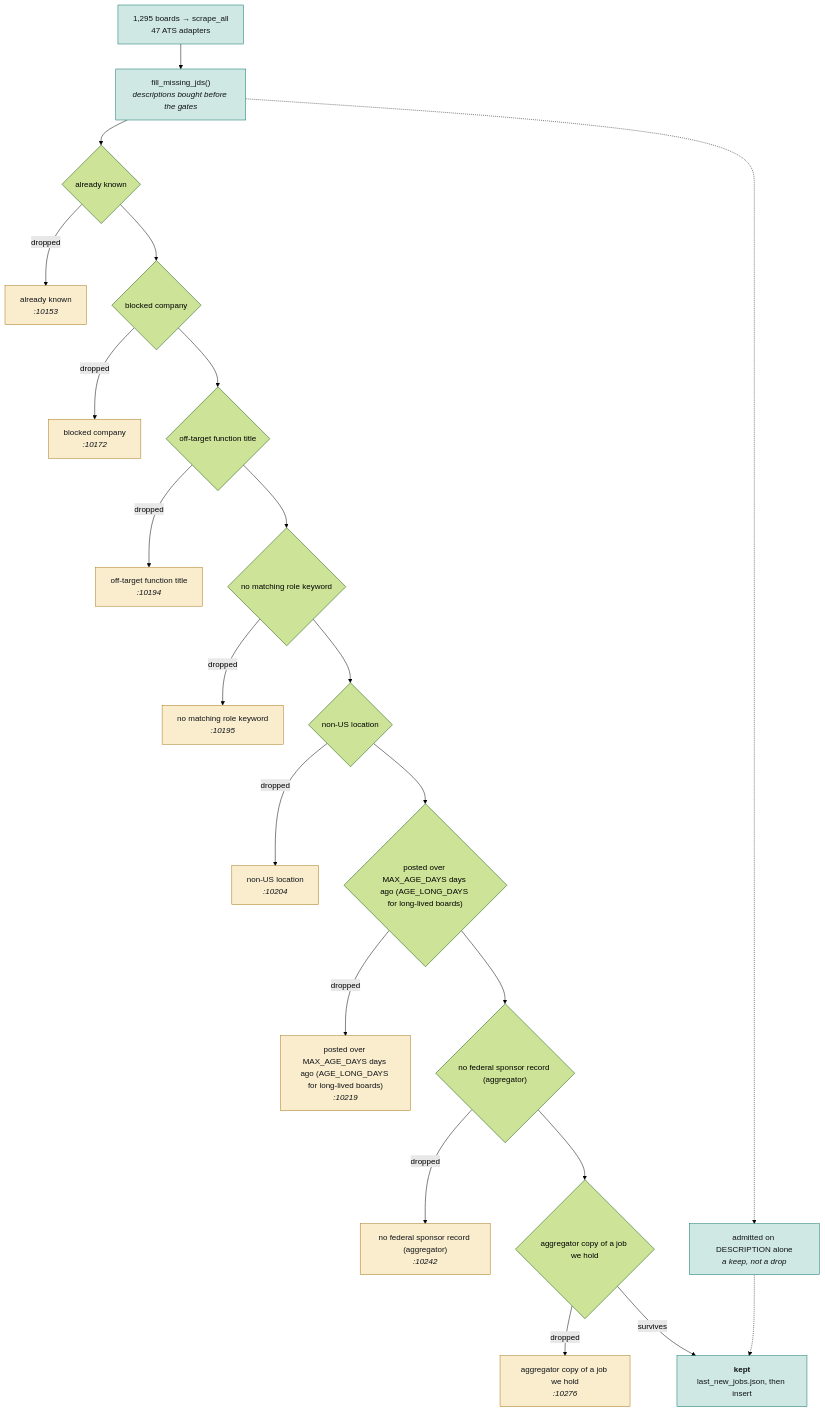
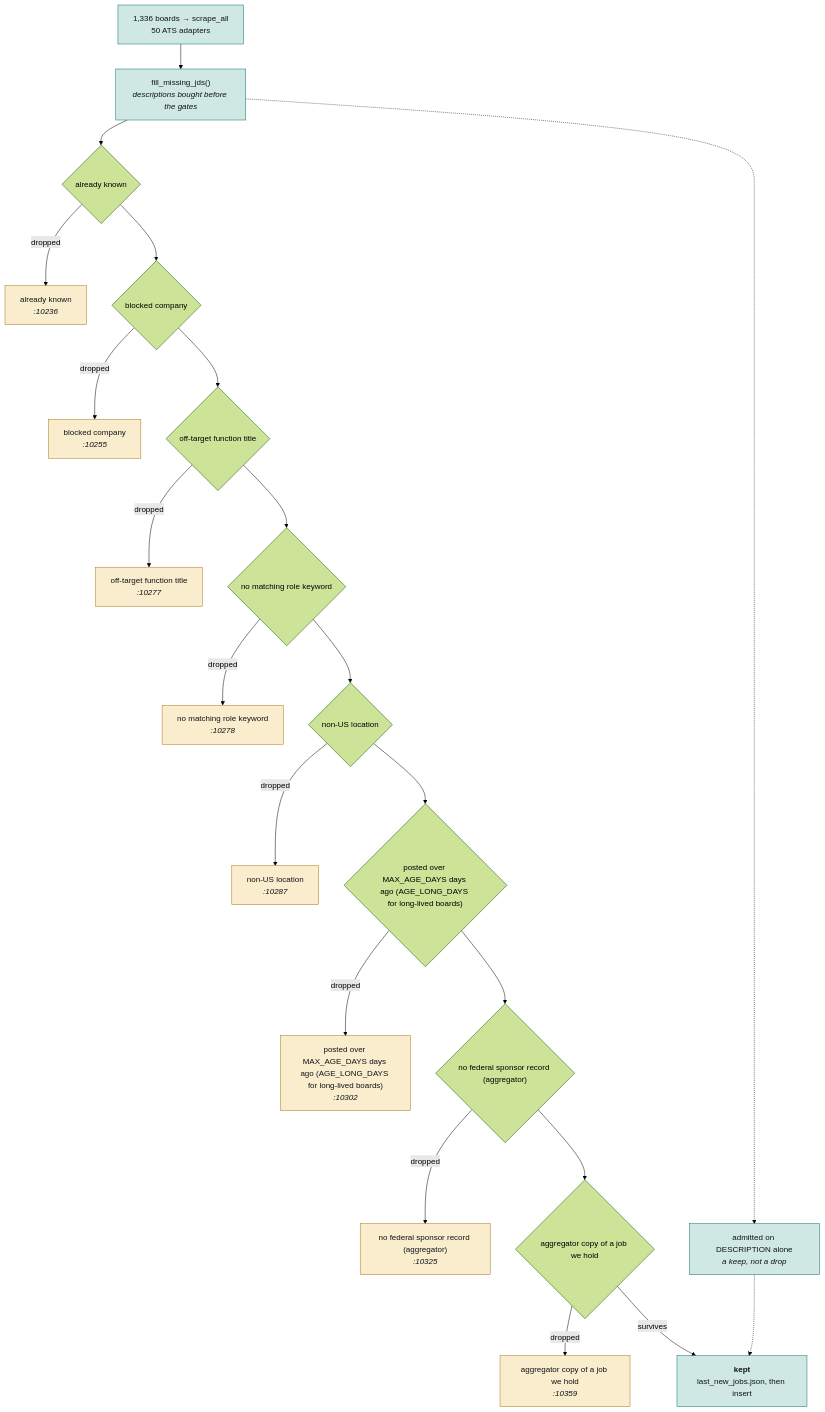
One commit to hadakunal909-debug/job-search-tool changed the second of 4 diagrams in JobMatch Scraper/docs/ARCHITECTURE.md. Above: the diagram before and after it, drawn with Mermaid (forest theme). The commit also changed other lines of this file and 17 other files, not shown here.

Commit message:
Support JazzHR, native iCIMS and Cornerstone public job boards

````diff
--- a/JobMatch Scraper/docs/ARCHITECTURE.md
+++ b/JobMatch Scraper/docs/ARCHITECTURE.md
@@ -127,54 +127,54 @@
 ```mermaid
 flowchart TB
-  SRC["1,295 boards → scrape_all<br/>47 ATS adapters"]
+  SRC["1,336 boards → scrape_all<br/>50 ATS adapters"]
   JD["fill_missing_jds()<br/><i>descriptions bought before the gates</i>"]
   SRC --> JD
   G0{"already known"}
-  D0["already known<br/><i>:10153</i>"]
+  D0["already known<br/><i>:10236</i>"]
   JD --> G0
   G0 -->|dropped| D0
   class D0 trap
   G1{"blocked company"}
-  D1["blocked company<br/><i>:10172</i>"]
+  D1["blocked company<br/><i>:10255</i>"]
   G0 --> G1
   G1 -->|dropped| D1
   class D1 trap
   G2{"off-target function title"}
-  D2["off-target function title<br/><i>:10194</i>"]
+  D2["off-target function title<br/><i>:10277</i>"]
   G1 --> G2
   G2 -->|dropped| D2
   class D2 trap
   G3{"no matching role keyword"}
-  D3["no matching role keyword<br/><i>:10195</i>"]
+  D3["no matching role keyword<br/><i>:10278</i>"]
   G2 --> G3
   G3 -->|dropped| D3
   class D3 trap
   G4{"non-US location"}
-  D4["non-US location<br/><i>:10204</i>"]
+  D4["non-US location<br/><i>:10287</i>"]
   G3 --> G4
   G4 -->|dropped| D4
   class D4 trap
   G5{"posted over MAX_AGE_DAYS days ago (AGE_LONG_DAYS for long-lived boards)"}
-  D5["posted over MAX_AGE_DAYS days ago (AGE_LONG_DAYS for long-lived boards)<br/><i>:10219</i>"]
+  D5["posted over MAX_AGE_DAYS days ago (AGE_LONG_DAYS for long-lived boards)<br/><i>:10302</i>"]
   G4 --> G5
   G5 -->|dropped| D5
   class D5 trap
   G6{"no federal sponsor record (aggregator)"}
-  D6["no federal sponsor record (aggregator)<br/><i>:10242</i>"]
+  D6["no federal sponsor record (aggregator)<br/><i>:10325</i>"]
   G5 --> G6
   G6 -->|dropped| D6
   class D6 trap
   G7{"aggregator copy of a job we hold"}
-  D7["aggregator copy of a job we hold<br/><i>:10276</i>"]
+  D7["aggregator copy of a job we hold<br/><i>:10359</i>"]
   G6 --> G7
   G7 -->|dropped| D7
   class D7 trap
   KEEP["<b>kept</b><br/>last_new_jobs.json, then insert"]
   G7 -->|survives| KEEP
   RESCUE["admitted on DESCRIPTION alone<br/><i>a keep, not a drop</i>"]
   JD -.-> RESCUE
   RESCUE -.-> KEEP
   classDef trap fill:#f9edcd,stroke:#a8781a,color:#101319
   classDef sched fill:#cfe8e3,stroke:#0f766e,color:#101319
   class SRC,JD,KEEP,RESCUE sched
 ```
````
